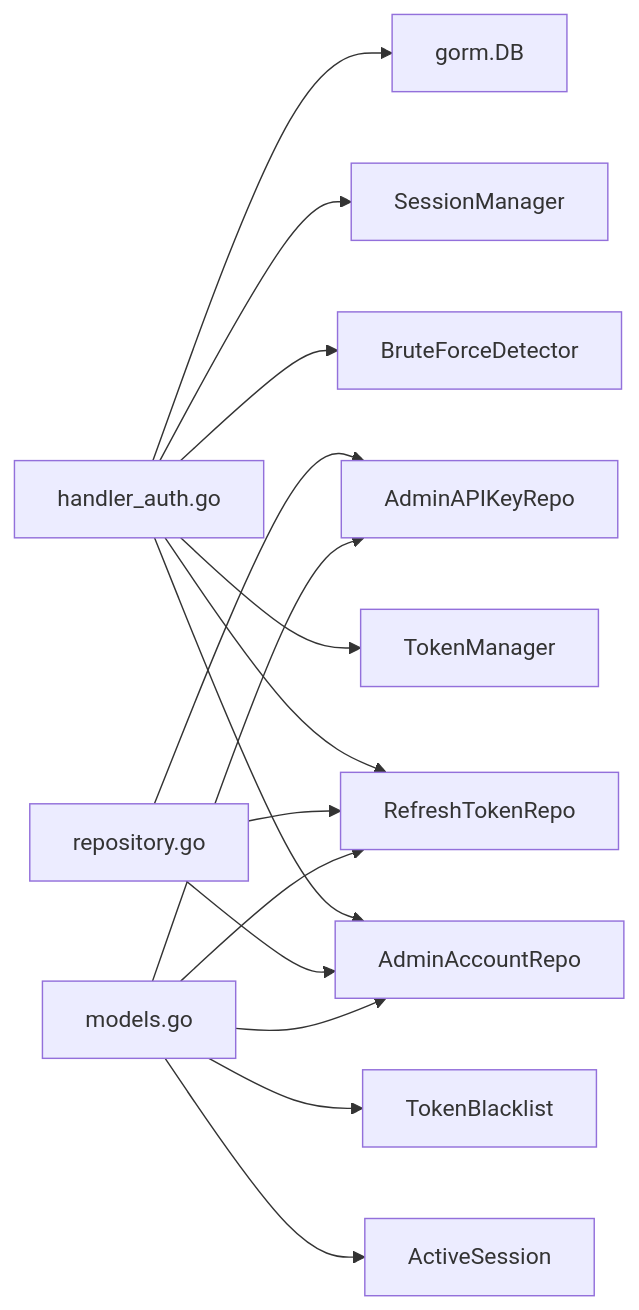
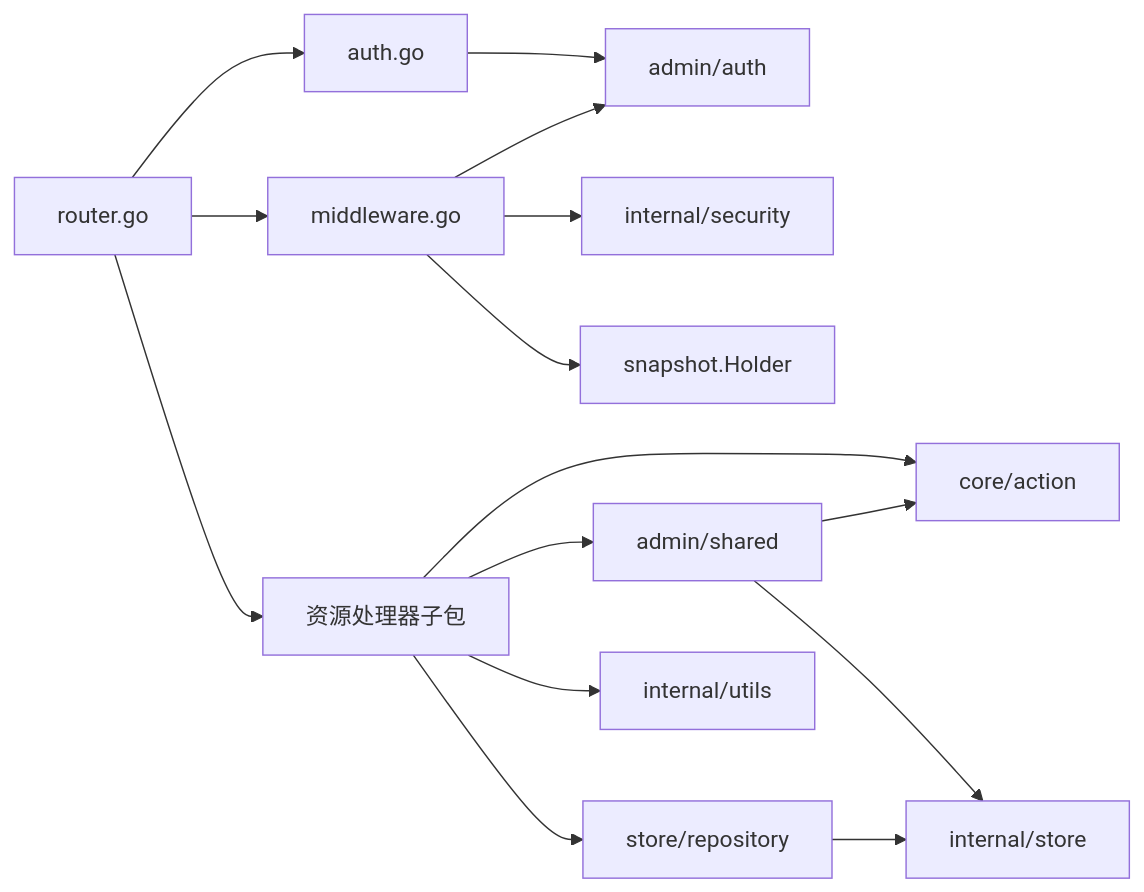
One commit to x01n/My-OpenWaf changed the fifth of 5 diagrams in docs/管理 API 系统/REST API 设计规范/REST API 设计规范.md. Above: the diagram before and after it, drawn with Mermaid. The commit also changed other lines of this file and 622 other files, not shown here.

````diff
--- a/docs/管理 API 系统/REST API 设计规范/REST API 设计规范.md
+++ b/docs/管理 API 系统/REST API 设计规范/REST API 设计规范.md
@@ -711,17 +341,17 @@
 ```mermaid
 graph LR
-H["handler_auth.go"] --> AR["AdminAccountRepo"]
-H --> RR["RefreshTokenRepo"]
-H --> TM["TokenManager"]
-H --> BF["BruteForceDetector"]
-H --> SM["SessionManager"]
-H --> DB["gorm.DB"]
-Repo["repository.go"] --> AR
-Repo --> RR
-Repo --> AK["AdminAPIKeyRepo"]
-Models["models.go"] --> AR
-Models --> RR
-Models --> AK
-Models --> AS["ActiveSession"]
-Models --> TB["TokenBlacklist"]
+RT["router.go"] --> MW["middleware.go"]
+RT --> AU["auth.go"]
+RT --> PKGS["资源处理器子包"]
+AU --> AUTHP["admin/auth"]
+MW --> AUTHP
+MW --> SEC["internal/security"]
+MW --> SNAP["snapshot.Holder"]
+PKGS --> SHARED["admin/shared"]
+SHARED --> STORE["internal/store"]
+PKGS --> REPO["store/repository"]
+PKGS --> UTILS["internal/utils"]
+REPO --> STORE
+PKGS --> ACT["core/action"]
+SHARED --> ACT
 ```
````
